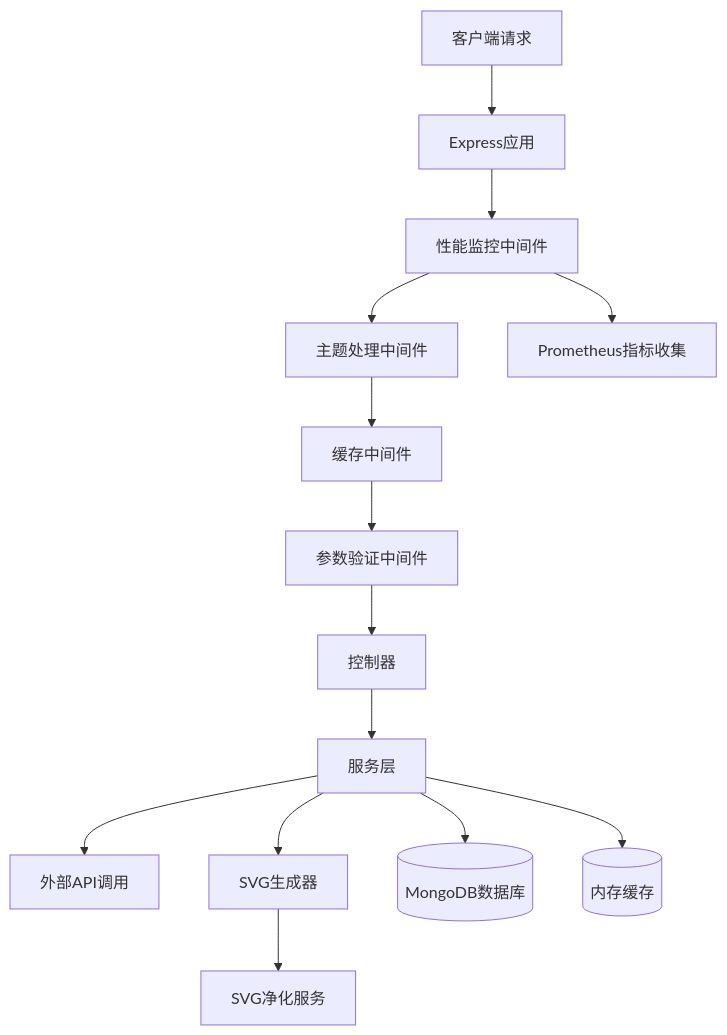
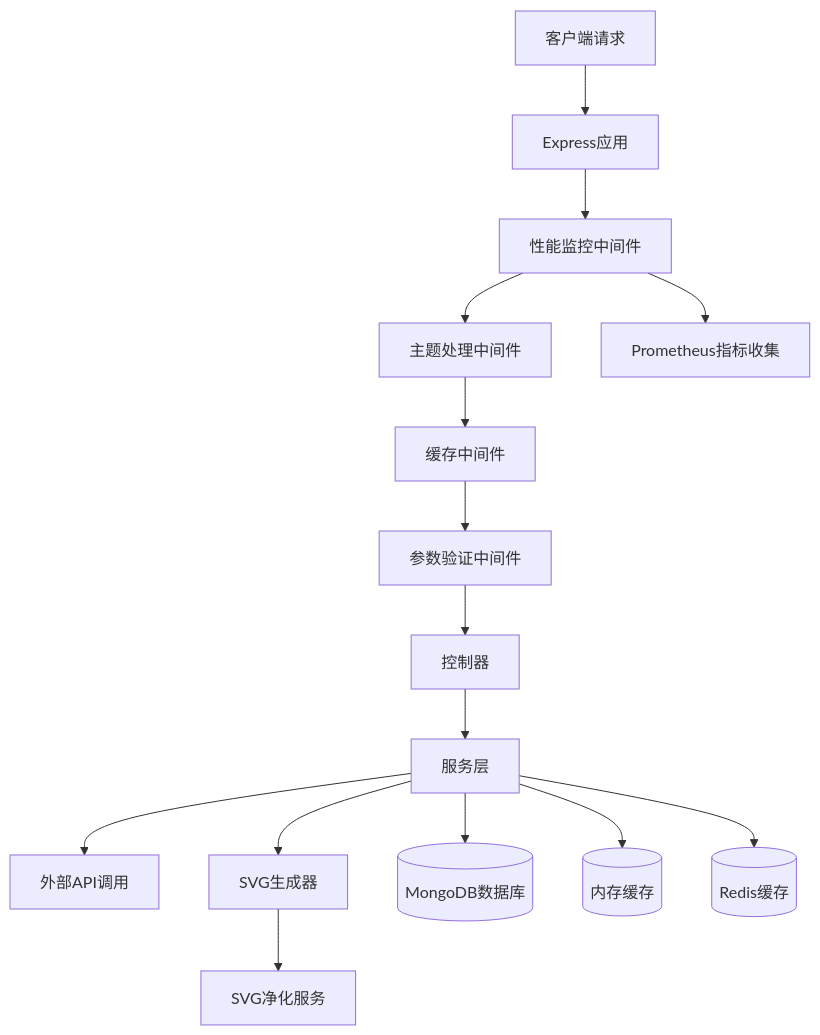
One commit to lucky845/github-profile-statistics-card changed the diagram in DEPLOYMENT_GUIDE.md. Above: the diagram before and after it, drawn with Mermaid. The commit also changed other lines of this file, not shown here.

````diff
--- a/DEPLOYMENT_GUIDE.md
+++ b/DEPLOYMENT_GUIDE.md
@@ -11,16 +11,17 @@
 ```mermaid
 flowchart TD
     Client[客户端请求] --> ExpressApp[Express应用]
     ExpressApp --> Metrics[性能监控中间件]
     Metrics --> Theme[主题处理中间件]
     Theme --> Cache[缓存中间件]
     Cache --> Validate[参数验证中间件]
     Validate --> Controller[控制器]
     Controller --> Service[服务层]
     Service --> ExternalAPI[外部API调用]
     Service --> SvgGenerator[SVG生成器]
     SvgGenerator --> SvgSanitizer[SVG净化服务]
     Service --> MongoDB[(MongoDB数据库)]
     Service --> MemoryCache[(内存缓存)]
+    Service --> Redis[(Redis缓存)]
     Metrics --> Prometheus[Prometheus指标收集]
 ```
````
